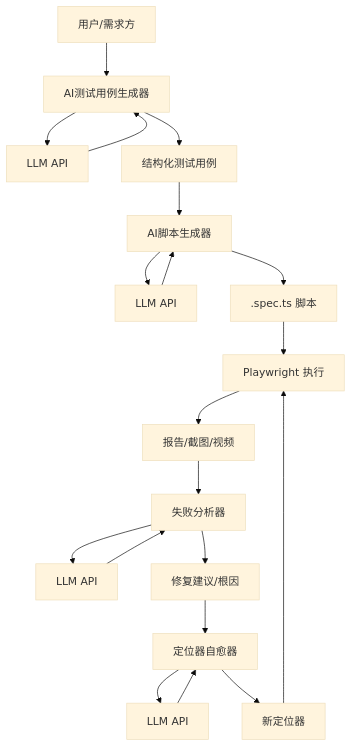
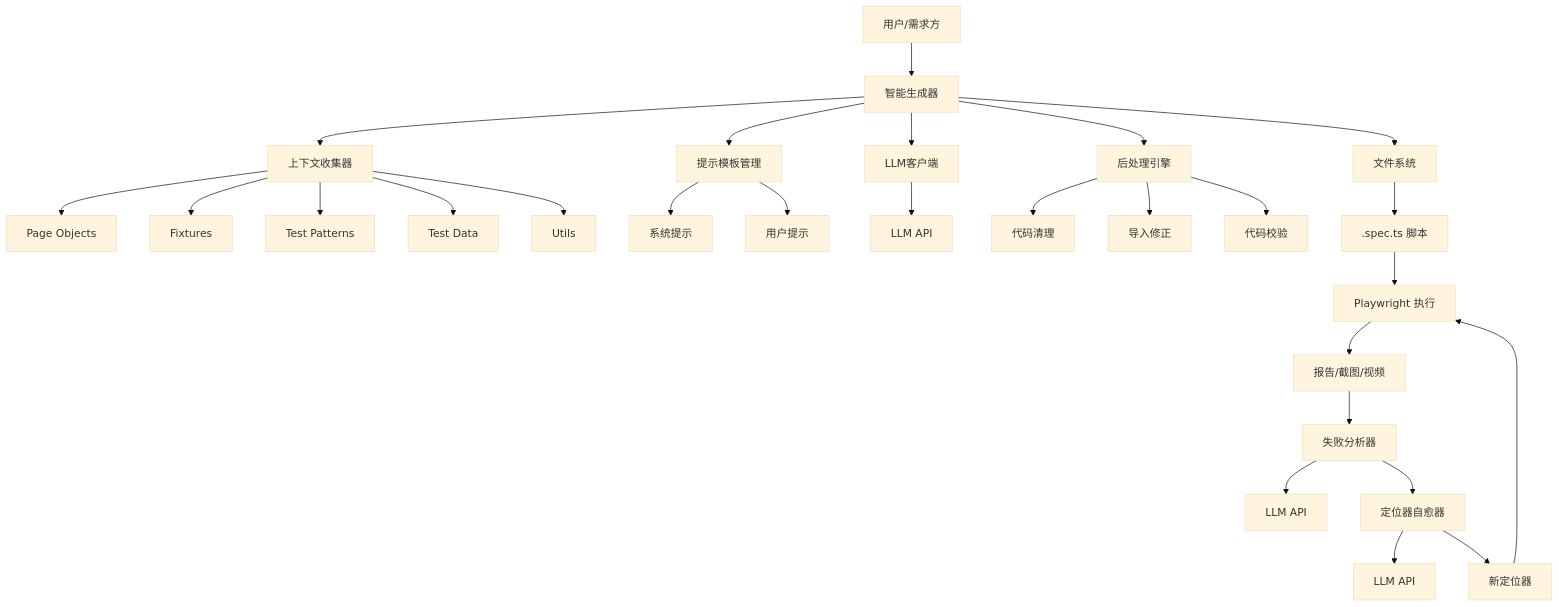
Before and after one commit to zzgoviziwind/--playwright: the second of 6 diagrams in .qoder/repowiki/zh/content/AI测试生成系统/AI测试生成系统.md, drawn with Mermaid (base theme). The commit also changed other lines of this file and 112 other files, not shown here.

````diff
--- a/.qoder/repowiki/zh/content/AI测试生成系统/AI测试生成系统.md
+++ b/.qoder/repowiki/zh/content/AI测试生成系统/AI测试生成系统.md
@@ -127,22 +160,29 @@
 ```mermaid
 graph TB
-U["用户/需求方"] --> TG["AI测试用例生成器"]
-TG --> LLM["LLM API"]
-LLM --> TG
-TG --> TC["结构化测试用例"]
-TC --> SG["AI脚本生成器"]
-SG --> LLM2["LLM API"]
-LLM2 --> SG
-SG --> SPEC[".spec.ts 脚本"]
+U["用户/需求方"] --> SG["智能生成器"]
+SG --> CC["上下文收集器"]
+CC --> PO["Page Objects"]
+CC --> FIX["Fixtures"]
+CC --> TP["Test Patterns"]
+CC --> TD["Test Data"]
+CC --> UF["Utils"]
+SG --> PT["提示模板管理"]
+PT --> SYS["系统提示"]
+PT --> USR["用户提示"]
+SG --> LLM["LLM客户端"]
+LLM --> API["LLM API"]
+SG --> PP["后处理引擎"]
+PP --> CLEAN["代码清理"]
+PP --> FIXIMP["导入修正"]
+PP --> VALID["代码校验"]
+SG --> FS["文件系统"]
+FS --> SPEC[".spec.ts 脚本"]
 SPEC --> PW["Playwright 执行"]
 PW --> RPT["报告/截图/视频"]
 RPT --> FA["失败分析器"]
 FA --> LLM3["LLM API"]
-LLM3 --> FA
-FA --> FIX["修复建议/根因"]
-FIX --> LH["定位器自愈器"]
+FA --> LH["定位器自愈器"]
 LH --> LLM4["LLM API"]
-LLM4 --> LH
 LH --> NEWLOC["新定位器"]
 NEWLOC --> PW
 ```
````
